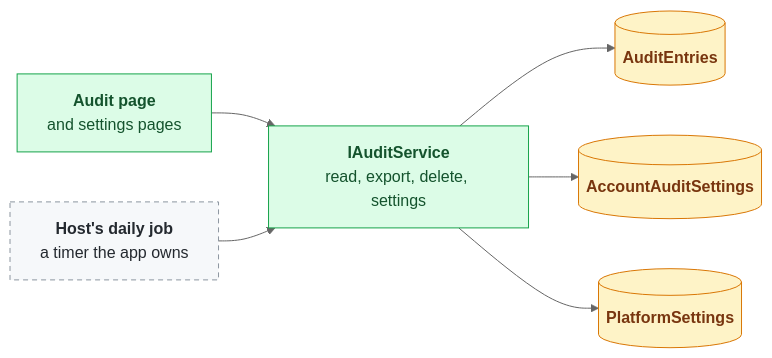
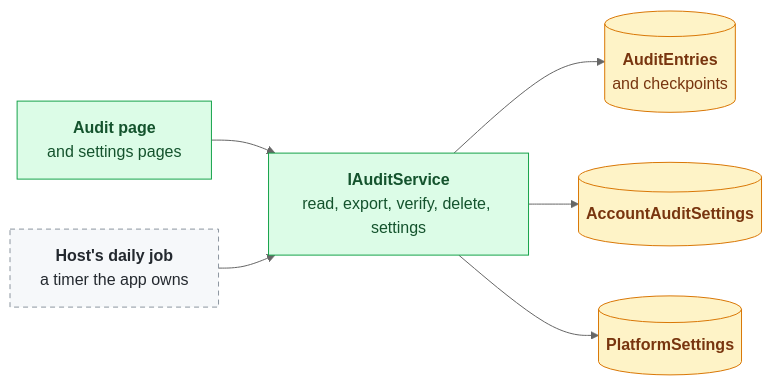
The second of 5 diagrams in Plans/auditing.md (ultrabstrong/Corely.IAM), drawn with Mermaid (neutral theme) before and after one commit. The commit also changed other lines of this file, not shown here.

First line of the commit message:
Settle audit visibility, best effort writes, names in details, platform cohorts, export cap and the hash chain

````diff
--- a/Plans/auditing.md
+++ b/Plans/auditing.md
@@ -58,22 +61,22 @@
 ```mermaid
 flowchart LR
     pages["<b>Audit page</b><br/>and settings pages"]
     cleanup["<b>Host's daily job</b><br/>a timer the app owns"]
-    service["<b>IAuditService</b><br/>read, export, delete, settings"]
-    entries[("<b>AuditEntries</b>")]
+    service["<b>IAuditService</b><br/>read, export, verify, delete, settings"]
+    entries[("<b>AuditEntries</b><br/>and checkpoints")]
     acct[("<b>AccountAuditSettings</b>")]
     plat[("<b>PlatformSettings</b>")]
 
     pages --> service
     cleanup --> service
     service --> entries
     service --> acct
     service --> plat
 
     classDef new fill:#dcfce7,stroke:#16a34a,color:#14532d
     classDef store fill:#fef3c7,stroke:#d97706,color:#78350f
     classDef host fill:#f6f8fa,stroke:#8c959f,color:#24292f,stroke-dasharray:5 4
     class pages,service new
     class entries,acct,plat store
     class cleanup host
 ```
````
